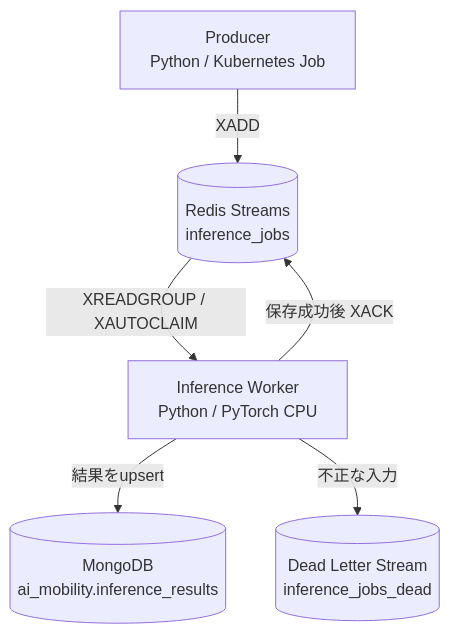
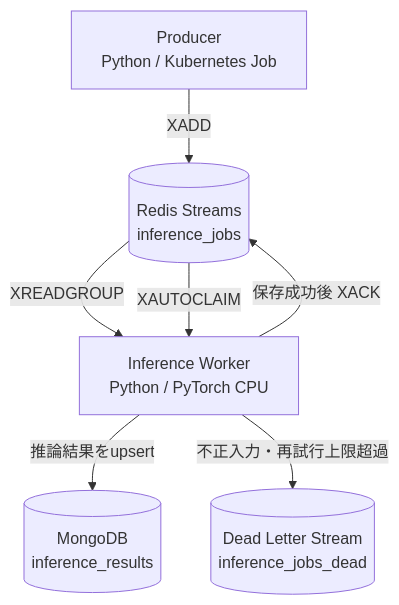
One commit to hironorikamiyama/ai-mobility-inference-poc changed the diagram in README.md. Above: the diagram before and after it, drawn with Mermaid. The commit also changed other lines of this file, not shown here.

Commit message:
docs: document reliability and performance benchmark results

````diff
--- a/README.md
+++ b/README.md
@@ -9,8 +20,15 @@
 ```mermaid
 flowchart TD
-    P[Producer<br/>Python / Kubernetes Job] -->|XADD| R[(Redis Streams<br/>inference_jobs)]
-    R -->|XREADGROUP / XAUTOCLAIM| W[Inference Worker<br/>Python / PyTorch CPU]
-    W -->|結果をupsert| M[(MongoDB<br/>ai_mobility.inference_results)]
+    P[Producer<br/>Python / Kubernetes Job]
+    R[(Redis Streams<br/>inference_jobs)]
+    W[Inference Worker<br/>Python / PyTorch CPU]
+    M[(MongoDB<br/>inference_results)]
+    D[(Dead Letter Stream<br/>inference_jobs_dead)]
+
+    P -->|XADD| R
+    R -->|XREADGROUP| W
+    R -->|XAUTOCLAIM| W
+    W -->|推論結果をupsert| M
     W -->|保存成功後 XACK| R
-    W -->|不正な入力| D[(Dead Letter Stream<br/>inference_jobs_dead)]
+    W -->|不正入力・再試行上限超過| D
 ```
````
